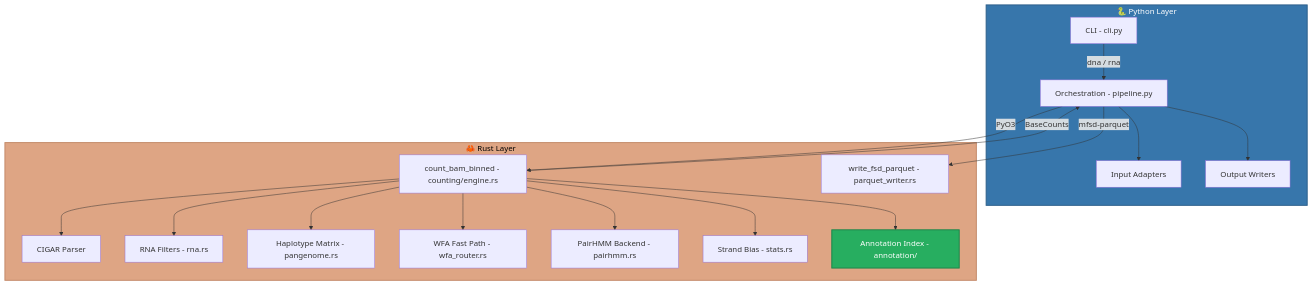
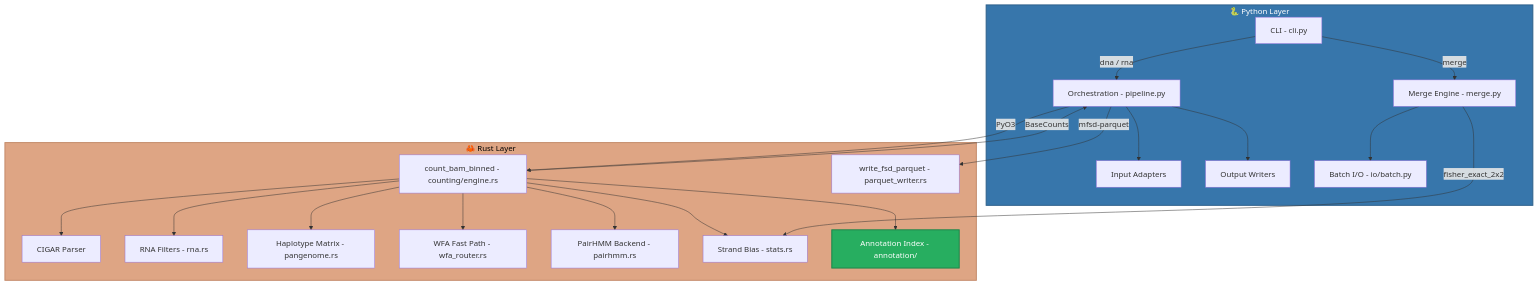
The first of 7 diagrams in docs/reference/architecture.md (msk-access/gbcms), drawn with Mermaid before and after one commit. The commit also changed other lines of this file and 16 other files, not shown here.

````diff
--- a/docs/reference/architecture.md
+++ b/docs/reference/architecture.md
@@ -7,29 +7,32 @@
 ```mermaid
 flowchart TB
     subgraph Python [🐍 Python Layer]
         CLI[CLI - cli.py] -->|dna / rna| Pipeline[Orchestration - pipeline.py]
+        CLI -->|merge| Merge[Merge Engine - merge.py]
         Pipeline --> Reader[Input Adapters]
         Pipeline --> Writer[Output Writers]
+        Merge --> BatchIO[Batch I/O - io/batch.py]
     end
     
     subgraph Rust [🦀 Rust Layer]
         Counter[count_bam_binned - counting/engine.rs] --> CIGAR[CIGAR Parser]
         Counter --> RNA[RNA Filters - rna.rs]
         Counter --> Pangenome[Haplotype Matrix - pangenome.rs]
         Counter --> WFA[WFA Fast Path - wfa_router.rs]
         Counter --> PairHMM[PairHMM Backend - pairhmm.rs]
         Counter --> Stats[Strand Bias - stats.rs]
         Counter --> Annot[Annotation Index - annotation/]:::annot
         ParquetWriter[write_fsd_parquet - parquet_writer.rs]
     end
     
     Pipeline -->|PyO3| Counter
     Counter -->|BaseCounts| Pipeline
     Pipeline -->|mfsd-parquet| ParquetWriter
+    Merge -->|fisher_exact_2x2| Stats
     
     classDef pythonStyle fill:#3776ab,color:#fff,stroke:#2c5f8a,stroke-width:2px;
     classDef rustStyle fill:#dea584,color:#000,stroke:#c48a6a,stroke-width:2px;
     classDef annot fill:#27ae60,color:#fff,stroke:#1e8449,stroke-width:2px;
     class Python pythonStyle;
     class Rust rustStyle;
 ```
````
